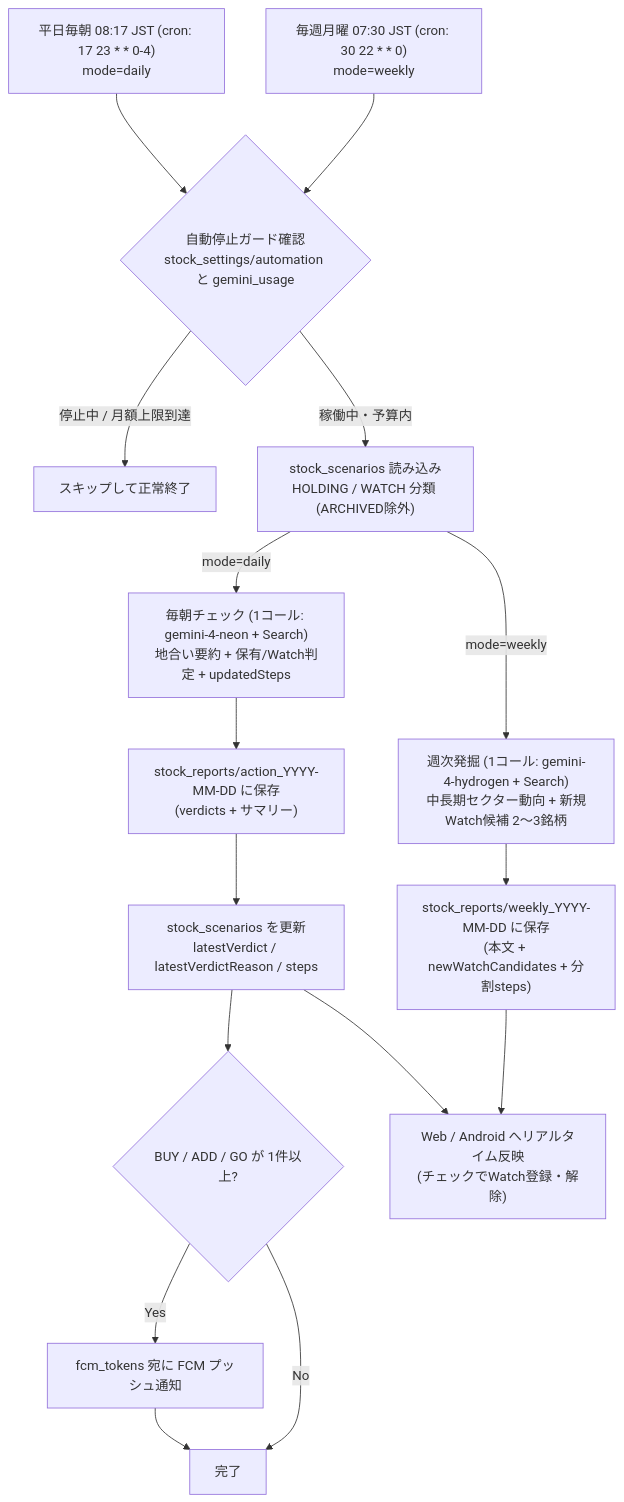
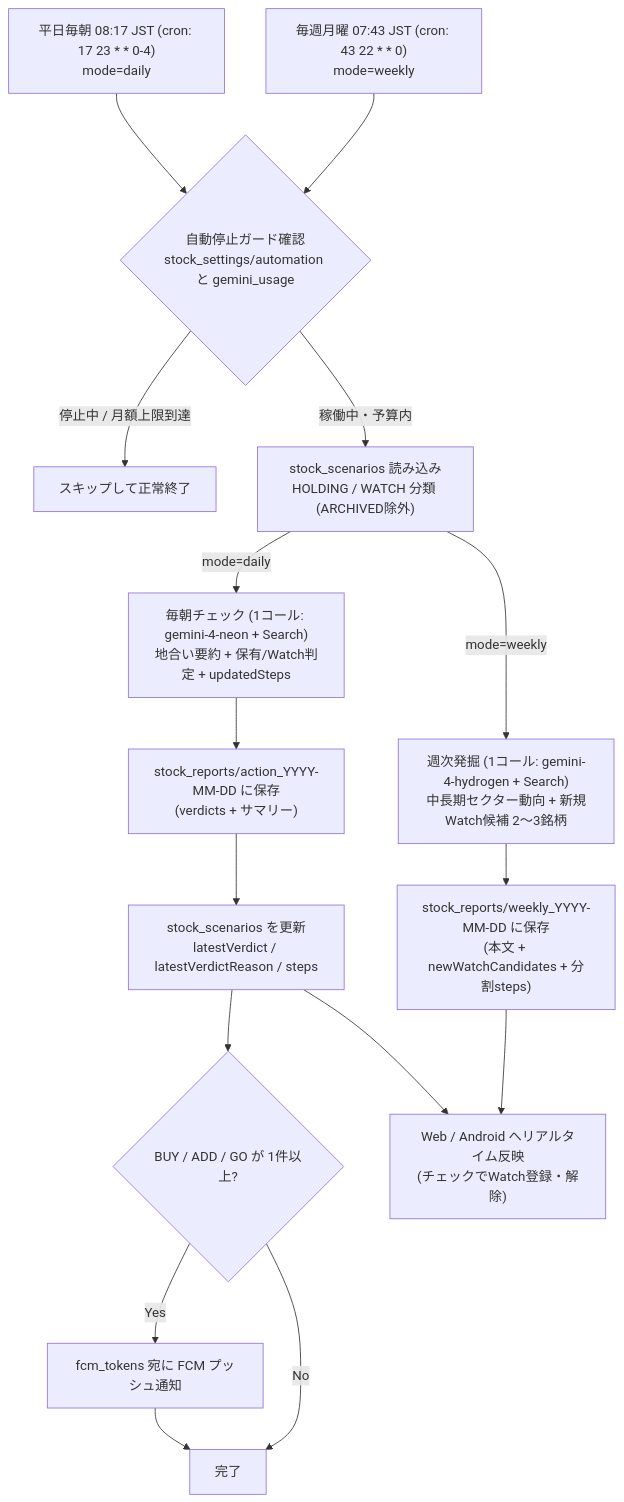
One commit to t10471/hibi changed the diagram in docs/stock-analysis-flow.md. Above: the diagram before and after it, drawn with Mermaid. The commit also changed other lines of this file and 3 other files, not shown here.

Commit message:
chore(stock): move Monday weekly cron to off-peak 07:43 JST (43 22 * * 0)

````diff
--- a/docs/stock-analysis-flow.md
+++ b/docs/stock-analysis-flow.md
@@ -12,21 +12,21 @@
 ```mermaid
 flowchart TD
     DailyTrig["平日毎朝 08:17 JST (cron: 17 23 * * 0-4)\nmode=daily"] --> Guard{"自動停止ガード確認\nstock_settings/automation と gemini_usage"}
-    WeeklyTrig["毎週月曜 07:30 JST (cron: 30 22 * * 0)\nmode=weekly"] --> Guard
+    WeeklyTrig["毎週月曜 07:43 JST (cron: 43 22 * * 0)\nmode=weekly"] --> Guard
 
     Guard -- "停止中 / 月額上限到達" --> Skip["スキップして正常終了"]
     Guard -- "稼働中・予算内" --> Load["stock_scenarios 読み込み\nHOLDING / WATCH 分類 (ARCHIVED除外)"]
 
     Load -- "mode=daily" --> DailyCall["毎朝チェック (1コール: gemini-4-neon + Search)\n地合い要約 + 保有/Watch判定 + updatedSteps"]
     DailyCall --> SaveAction["stock_reports/action_YYYY-MM-DD に保存\n(verdicts + サマリー)"]
     SaveAction --> UpdateScenarios["stock_scenarios を更新\nlatestVerdict / latestVerdictReason / steps"]
     UpdateScenarios --> PushCheck{"BUY / ADD / GO が 1件以上?"}
     PushCheck -- "Yes" --> FCM["fcm_tokens 宛に FCM プッシュ通知"]
     PushCheck -- "No" --> End["完了"]
     FCM --> End
 
     Load -- "mode=weekly" --> WeeklyCall["週次発掘 (1コール: gemini-4-hydrogen + Search)\n中長期セクター動向 + 新規Watch候補 2〜3銘柄"]
     WeeklyCall --> SaveWeekly["stock_reports/weekly_YYYY-MM-DD に保存\n(本文 + newWatchCandidates + 分割steps)"]
     SaveWeekly --> UI["Web / Android へリアルタイム反映\n(チェックでWatch登録・解除)"]
     UpdateScenarios --> UI
 ```
````
